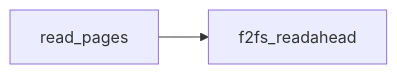
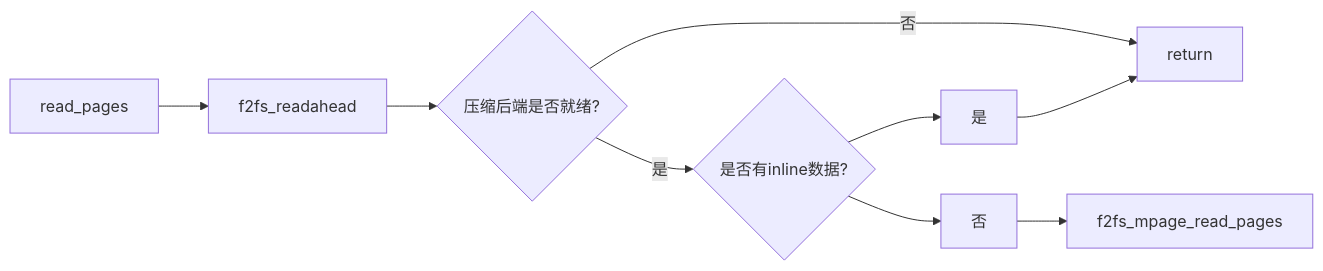
One commit to sigmanature/learn_os_note changed the third of 3 diagrams in 6.13.1内核文档注释/mm/filemap.c/README.md. Above: the diagram before and after it, drawn with Mermaid. The commit also changed 2 other files, not shown here.

````diff
--- a/6.13.1内核文档注释/mm/filemap.c/README.md
+++ b/6.13.1内核文档注释/mm/filemap.c/README.md
@@ -40,5 +40,11 @@
 ```mermaid
 graph LR
 A[read_pages]-->B[f2fs_readahead]
 click B "https://github.com/sigmanature/learn_os_note/blob/main/6.13.1%E5%86%85%E6%A0%B8%E6%96%87%E6%A1%A3%E6%B3%A8%E9%87%8A/fs/f2fs/data.c/f2fs_readahead.md"
+B-->C{压缩后端是否就绪?}
+C--否-->return
+C--是-->D{是否有inline数据?}
+D-->是-->return
+D-->否-->E[f2fs_mpage_read_pages]
+click E "https://github.com/sigmanature/learn_os_note/blob/main/6.13.1%E5%86%85%E6%A0%B8%E6%96%87%E6%A1%A3%E6%B3%A8%E9%87%8A/fs/f2fs/data.c/f2fs_mpage_read_pages.md"
 ```
````
